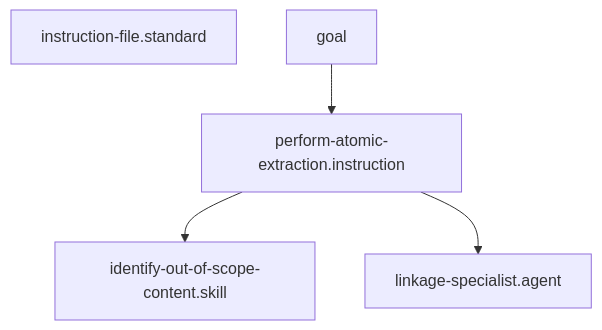
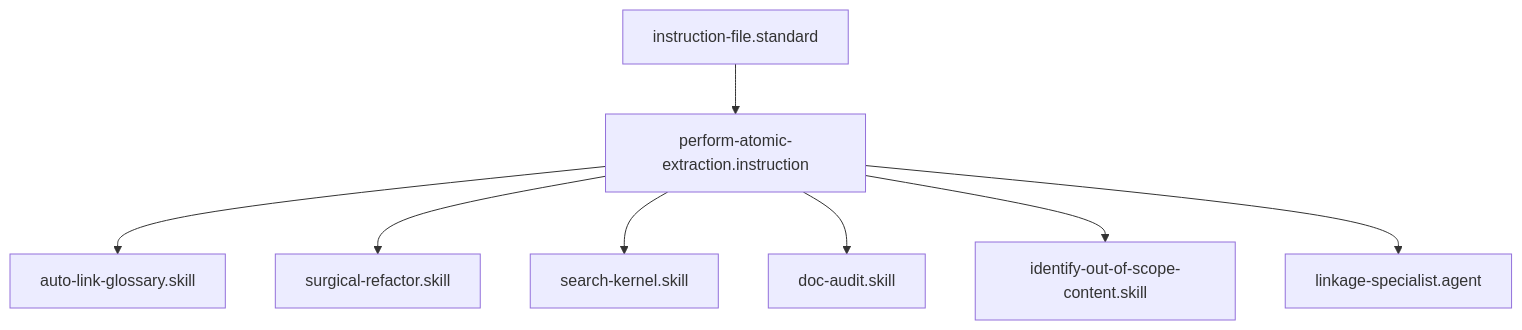
One commit to Gizmo4Life/ai-kernel changed the diagram in instructions/perform-atomic-extraction.instruction.md. Above: the diagram before and after it, drawn with Mermaid. The commit also changed other lines of this file and 89 other files, not shown here.

````diff
--- a/instructions/perform-atomic-extraction.instruction.md
+++ b/instructions/perform-atomic-extraction.instruction.md
@@ -22,7 +22,10 @@
 ```mermaid
 graph TD
-    instruction-file.standard
-goal --> perform-atomic-extraction.instruction
+    instruction-file.standard --> perform-atomic-extraction.instruction
+    perform-atomic-extraction.instruction --> auto-link-glossary[auto-link-glossary.skill]
+    perform-atomic-extraction.instruction --> surgical-refactor[surgical-refactor.skill]
+    perform-atomic-extraction.instruction --> search-kernel[search-kernel.skill]
+    perform-atomic-extraction.instruction --> doc-audit[doc-audit.skill]
     perform-atomic-extraction.instruction --> identify-out-of-scope-content[identify-out-of-scope-content.skill]
     perform-atomic-extraction.instruction --> linkage-specialist.agent[linkage-specialist.agent]
 ```
````
